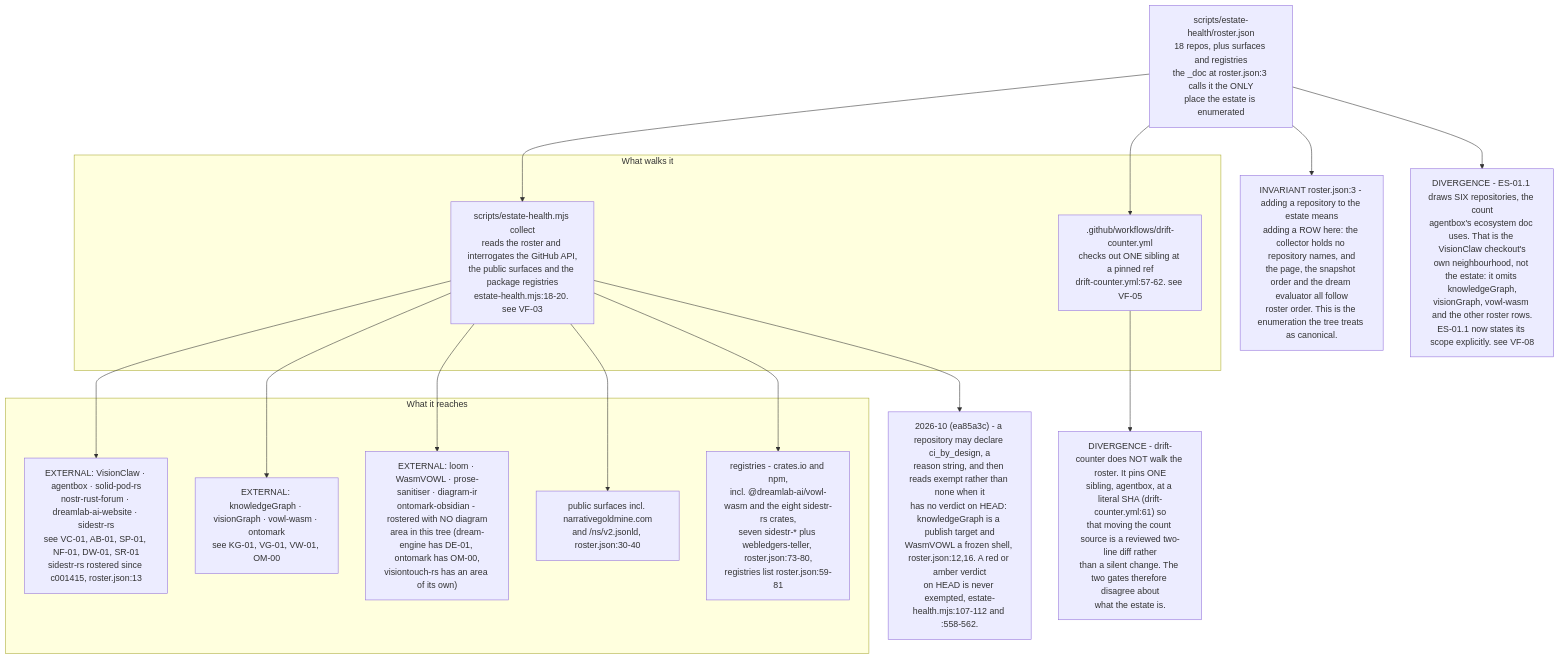
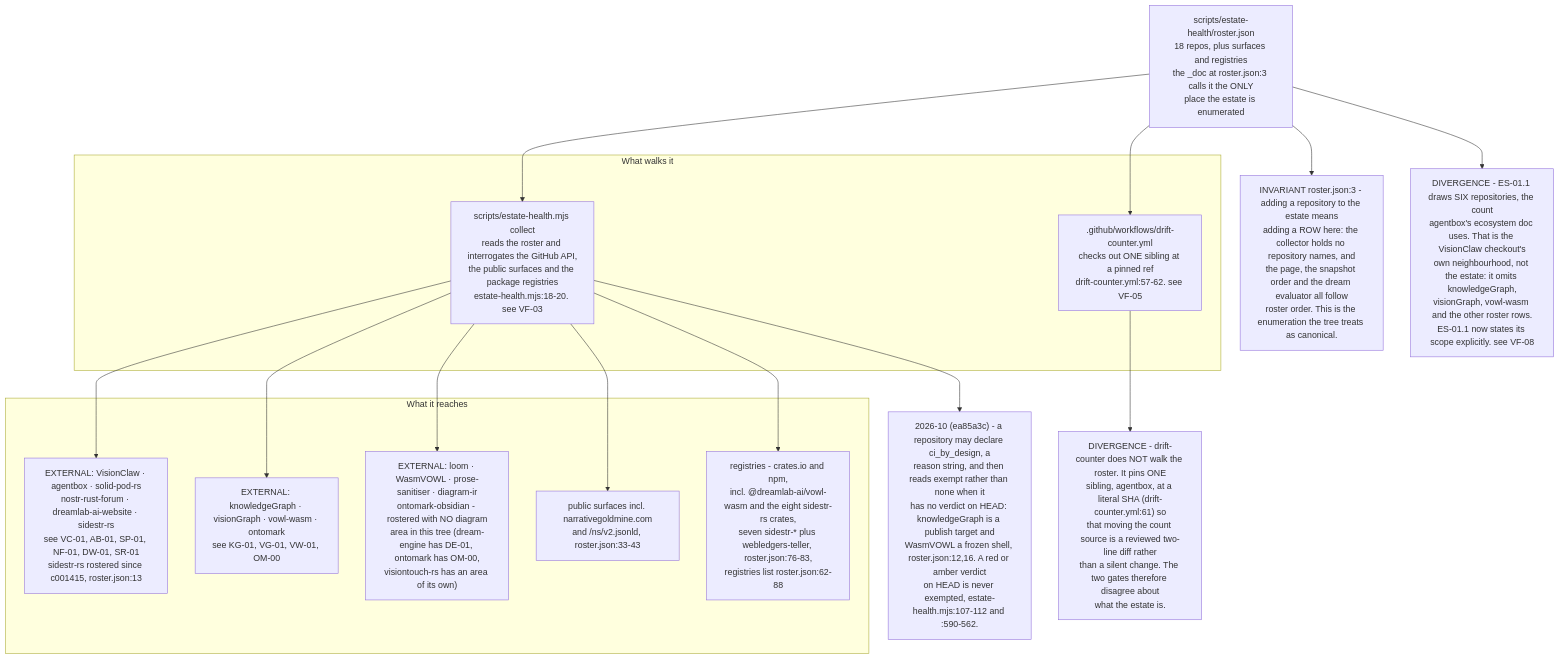
The fifth of 5 diagrams in docs/diagrams/estate/11-publishing-axis.md (DreamLab-AI/VisionFlow), drawn with Mermaid before and after one commit. The commit also changed other lines of this file and 154 other files, not shown here.

First line of the commit message:
docs(diagrams): re-stamp 154 topics whose every citation still reads the same text at the current heads

````diff
--- a/docs/diagrams/estate/11-publishing-axis.md
+++ b/docs/diagrams/estate/11-publishing-axis.md
@@ -146,35 +146,35 @@
 ```mermaid
 flowchart TB
     ROSTER["scripts/estate-health/roster.json<br/>18 repos, plus surfaces and registries<br/>the _doc at roster.json:3 calls it the ONLY<br/>place the estate is enumerated"]
 
     subgraph READERS["What walks it"]
         EH["scripts/estate-health.mjs collect<br/>reads the roster and interrogates the GitHub API,<br/>the public surfaces and the package registries<br/>estate-health.mjs:18-20. see VF-03"]
         DC[".github/workflows/drift-counter.yml<br/>checks out ONE sibling at a pinned ref<br/>drift-counter.yml:57-62. see VF-05"]
     end
 
     subgraph TARGETS["What it reaches"]
         R1["EXTERNAL: VisionClaw · agentbox · solid-pod-rs<br/>nostr-rust-forum · dreamlab-ai-website · sidestr-rs<br/>see VC-01, AB-01, SP-01, NF-01, DW-01, SR-01<br/>sidestr-rs rostered since c001415, roster.json:13"]
         R2["EXTERNAL: knowledgeGraph · visionGraph · vowl-wasm · ontomark<br/>see KG-01, VG-01, VW-01, OM-00"]
         R3["EXTERNAL: loom · WasmVOWL · prose-sanitiser · diagram-ir<br/>ontomark-obsidian - rostered with NO diagram<br/>area in this tree (dream-engine has DE-01, ontomark has OM-00,<br/>visiontouch-rs has an area of its own)"]
-        SURF["public surfaces incl. narrativegoldmine.com<br/>and /ns/v2.jsonld, roster.json:30-40"]
-        REG["registries - crates.io and npm,<br/>incl. @dreamlab-ai/vowl-wasm and the eight sidestr-rs crates,<br/>seven sidestr-* plus webledgers-teller, roster.json:73-80,<br/>registries list roster.json:59-81"]
+        SURF["public surfaces incl. narrativegoldmine.com<br/>and /ns/v2.jsonld, roster.json:33-43"]
+        REG["registries - crates.io and npm,<br/>incl. @dreamlab-ai/vowl-wasm and the eight sidestr-rs crates,<br/>seven sidestr-* plus webledgers-teller, roster.json:76-83,<br/>registries list roster.json:62-88"]
     end
 
     ROSTER --> EH
     ROSTER --> DC
     EH --> R1
     EH --> R2
     EH --> R3
     EH --> SURF
     EH --> REG
 
     INV["INVARIANT roster.json:3 - adding a repository to the estate means<br/>adding a ROW here: the collector holds no repository names, and<br/>the page, the snapshot order and the dream evaluator all follow<br/>roster order. This is the enumeration the tree treats as canonical."]
     D1["DIVERGENCE - drift-counter does NOT walk the roster. It pins ONE<br/>sibling, agentbox, at a literal SHA (drift-counter.yml:61) so<br/>that moving the count source is a reviewed two-line diff rather<br/>than a silent change. The two gates therefore disagree about<br/>what the estate is."]
     D2["DIVERGENCE - ES-01.1 draws SIX repositories, the count<br/>agentbox's ecosystem doc uses. That is the VisionClaw checkout's<br/>own neighbourhood, not the estate: it omits knowledgeGraph,<br/>visionGraph, vowl-wasm and the other roster rows.<br/>ES-01.1 now states its scope explicitly. see VF-08"]
 
-    EXEMPT["2026-10 (ea85a3c) - a repository may declare ci_by_design, a<br/>reason string, and then reads exempt rather than none when it<br/>has no verdict on HEAD: knowledgeGraph is a publish target and<br/>WasmVOWL a frozen shell, roster.json:12,16. A red or amber verdict<br/>on HEAD is never exempted, estate-health.mjs:107-112 and :558-562."]
+    EXEMPT["2026-10 (ea85a3c) - a repository may declare ci_by_design, a<br/>reason string, and then reads exempt rather than none when it<br/>has no verdict on HEAD: knowledgeGraph is a publish target and<br/>WasmVOWL a frozen shell, roster.json:12,16. A red or amber verdict<br/>on HEAD is never exempted, estate-health.mjs:107-112 and :590-562."]
     EH --> EXEMPT
     ROSTER --> INV
     DC --> D1
     ROSTER --> D2
 ```
````
